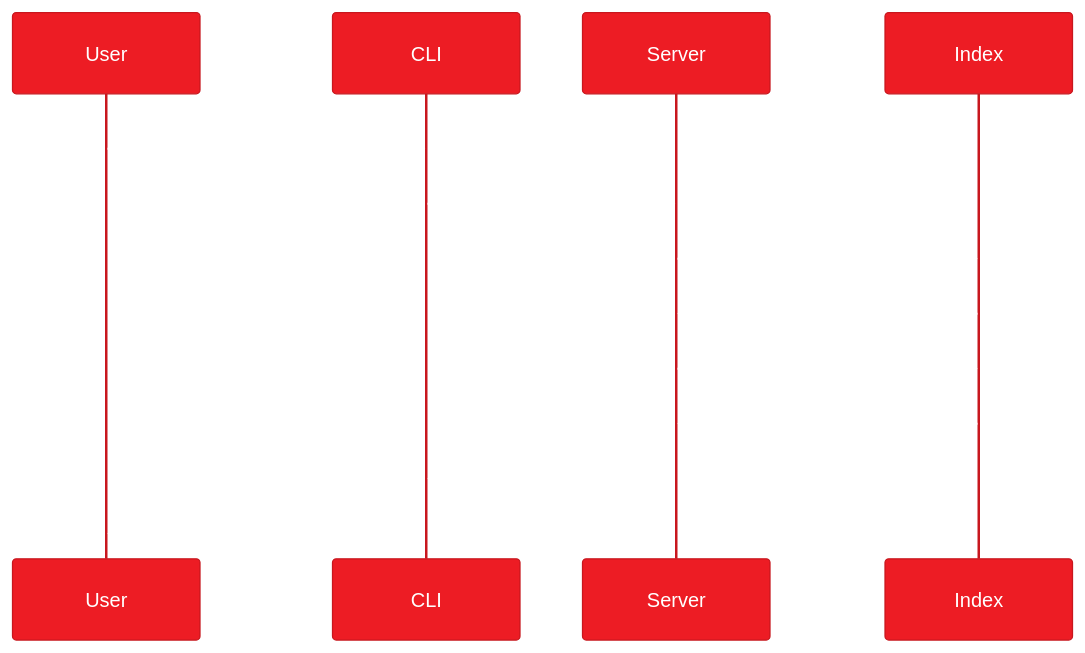
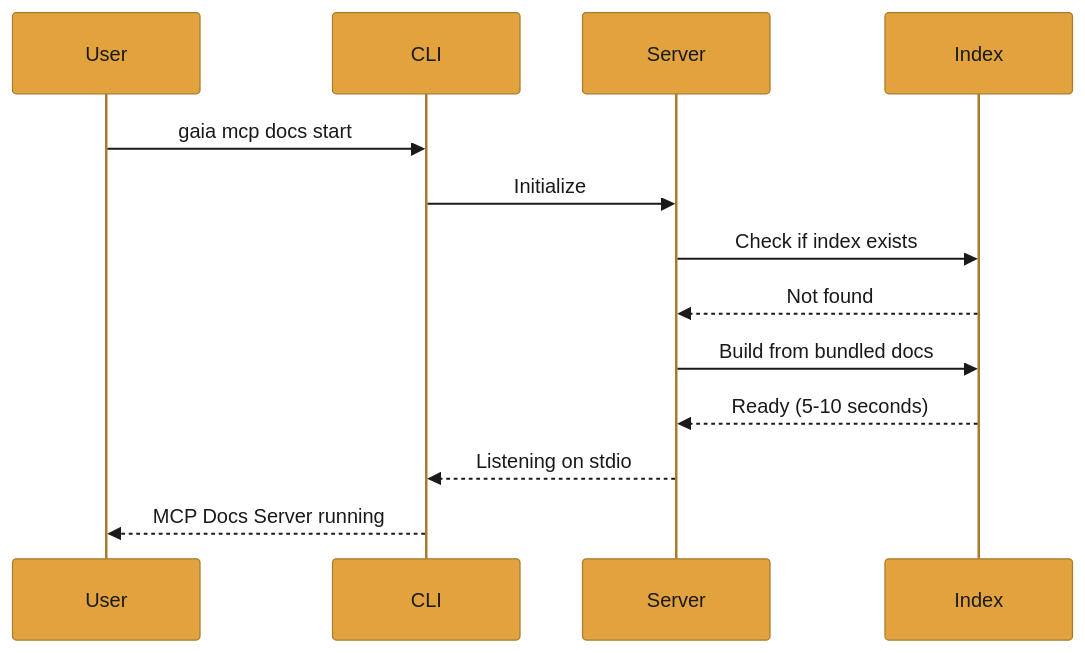
Before and after one commit to amd/gaia: the second of 3 diagrams in docs/plans/mcp-docs.mdx, drawn with Mermaid. The commit also changed other lines of this file and 37 other files, not shown here.

````diff
--- a/docs/plans/mcp-docs.mdx
+++ b/docs/plans/mcp-docs.mdx
@@ -304,17 +304,17 @@
 ```mermaid
-%%{init: {'theme':'base', 'themeVariables': { 'primaryColor':'#ED1C24', 'primaryTextColor':'#fff', 'primaryBorderColor':'#C8171E', 'lineColor':'#F4484D', 'secondaryColor':'#2d2d2d', 'tertiaryColor':'#f5f5f5', 'fontSize':'16px', 'fontFamily': 'system-ui, -apple-system, sans-serif'}}}%%
+%%{init: {'theme':'base', 'themeVariables': { 'primaryColor':'#E2A33E', 'primaryTextColor':'#1a1a1a', 'primaryBorderColor':'#A87B2D', 'lineColor':'#EFC480', 'secondaryColor':'#2d2d2d', 'tertiaryColor':'#f5f5f5', 'fontSize':'16px', 'fontFamily': 'system-ui, -apple-system, sans-serif'}}}%%
 sequenceDiagram
     participant User
     participant CLI
     participant Server
     participant Index
 
     User->>CLI: gaia mcp docs start
     CLI->>Server: Initialize
     Server->>Index: Check if index exists
     Index-->>Server: Not found
     Server->>Index: Build from bundled docs
     Index-->>Server: Ready (5-10 seconds)
     Server-->>CLI: Listening on stdio
     CLI-->>User: MCP Docs Server running
 ```
````
